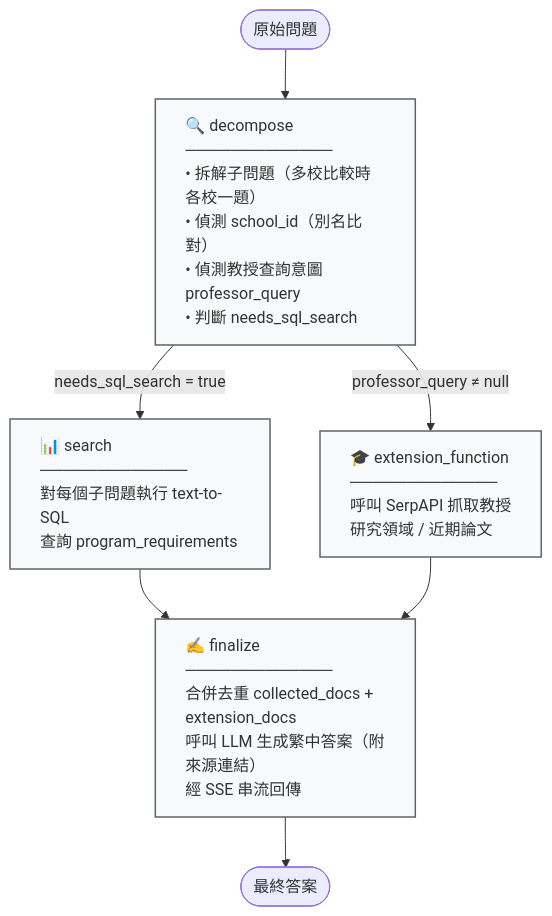
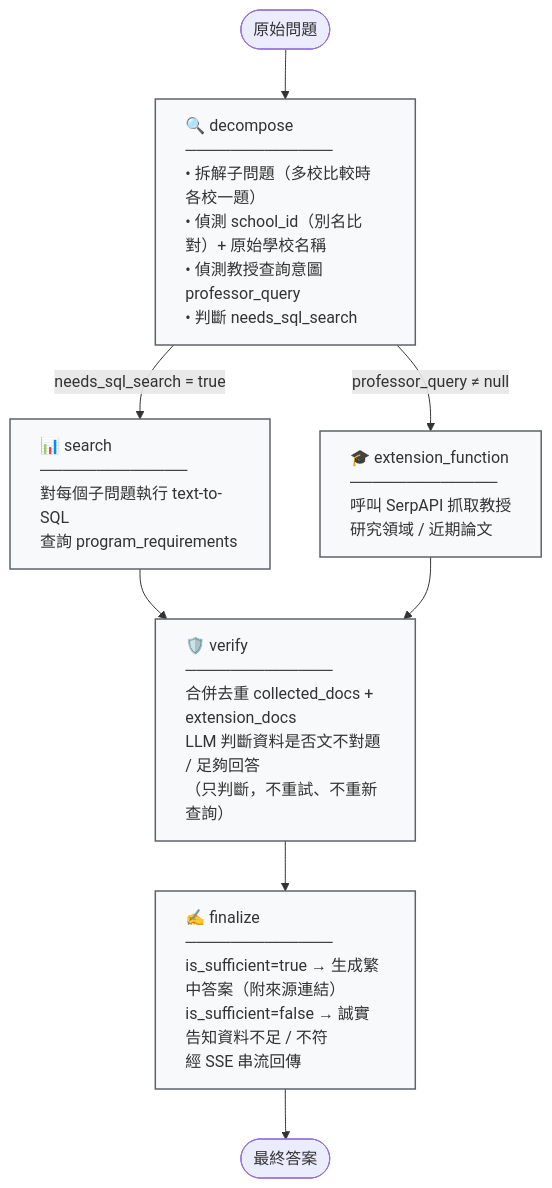
The second of 2 diagrams in README.md (iamhenryhuang/AI-Study-Abroad-Consultant), drawn with Mermaid before and after one commit. The commit also changed other lines of this file and 2 other files, not shown here.

Commit message:
feat: add verifier node and distinguish unknown-school responses

````diff
--- a/README.md
+++ b/README.md
@@ -50,22 +50,26 @@
 ```mermaid
 flowchart TD
     Start(["原始問題"]) --> D
 
-    D["🔍 decompose<br/>─────────────<br/>• 拆解子問題（多校比較時各校一題）<br/>• 偵測 school_id（別名比對）<br/>• 偵測教授查詢意圖 professor_query<br/>• 判斷 needs_sql_search"]
+    D["🔍 decompose<br/>─────────────<br/>• 拆解子問題（多校比較時各校一題）<br/>• 偵測 school_id（別名比對）+ 原始學校名稱<br/>• 偵測教授查詢意圖 professor_query<br/>• 判斷 needs_sql_search"]
 
     D -->|"needs_sql_search = true"| S
     D -->|"professor_query ≠ null"| E
 
     S["📊 search<br/>─────────────<br/>對每個子問題執行 text-to-SQL<br/>查詢 program_requirements"]
     E["🎓 extension_function<br/>─────────────<br/>呼叫 SerpAPI 抓取教授<br/>研究領域 / 近期論文"]
 
-    S --> F
-    E --> F
+    S --> V
+    E --> V
 
-    F["✍️ finalize<br/>─────────────<br/>合併去重 collected_docs + extension_docs<br/>呼叫 LLM 生成繁中答案（附來源連結）<br/>經 SSE 串流回傳"]
+    V["🛡️ verify<br/>─────────────<br/>合併去重 collected_docs + extension_docs<br/>LLM 判斷資料是否文不對題 / 足夠回答<br/>（只判斷，不重試、不重新查詢）"]
+
+    V --> F
+
+    F["✍️ finalize<br/>─────────────<br/>is_sufficient=true → 生成繁中答案（附來源連結）<br/>is_sufficient=false → 誠實告知資料不足 / 不符<br/>經 SSE 串流回傳"]
 
     F --> End(["最終答案"])
 
     classDef nodeStyle fill:#f8f9fa,stroke:#5f6368,stroke-width:1.5px,text-align:left
-    class D,S,E,F nodeStyle
+    class D,S,E,V,F nodeStyle
 ```
````
